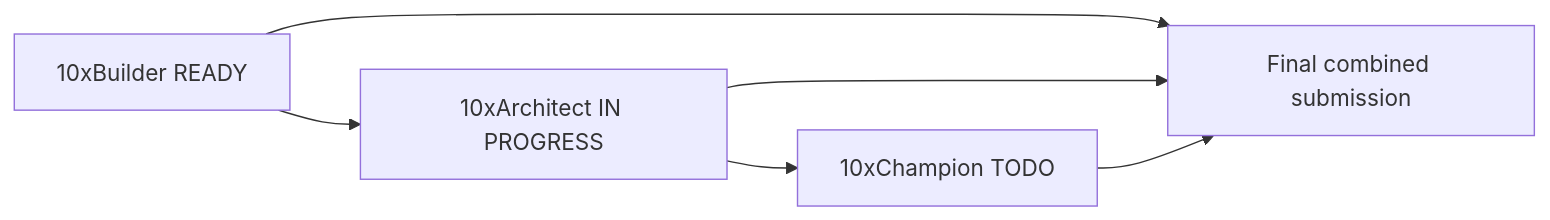
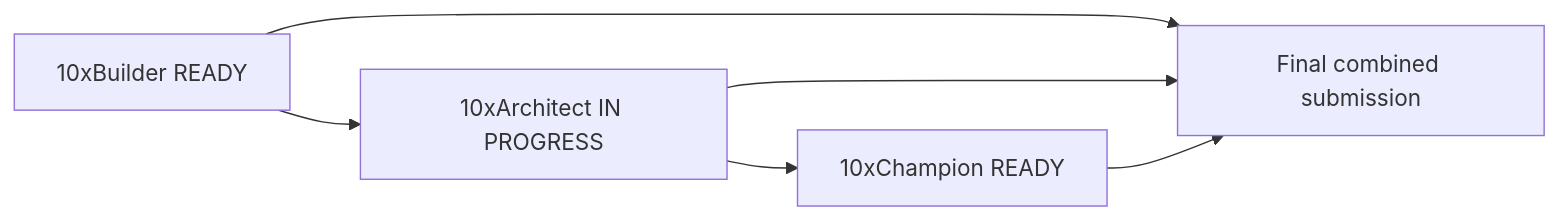
The diagram in context/certification/certification-readiness.md (szymoniwacz/safelog-ai), drawn with Mermaid before and after one commit. The commit also changed other lines of this file and 13 other files, not shown here.

````diff
--- a/context/certification/certification-readiness.md
+++ b/context/certification/certification-readiness.md
@@ -26,8 +26,8 @@
 ```mermaid
 flowchart LR
   B[10xBuilder READY] --> A[10xArchitect IN PROGRESS]
-  A --> C[10xChampion TODO]
+  A --> C[10xChampion READY]
   B --> S[Final combined submission]
   A --> S
   C --> S
 ```
````
